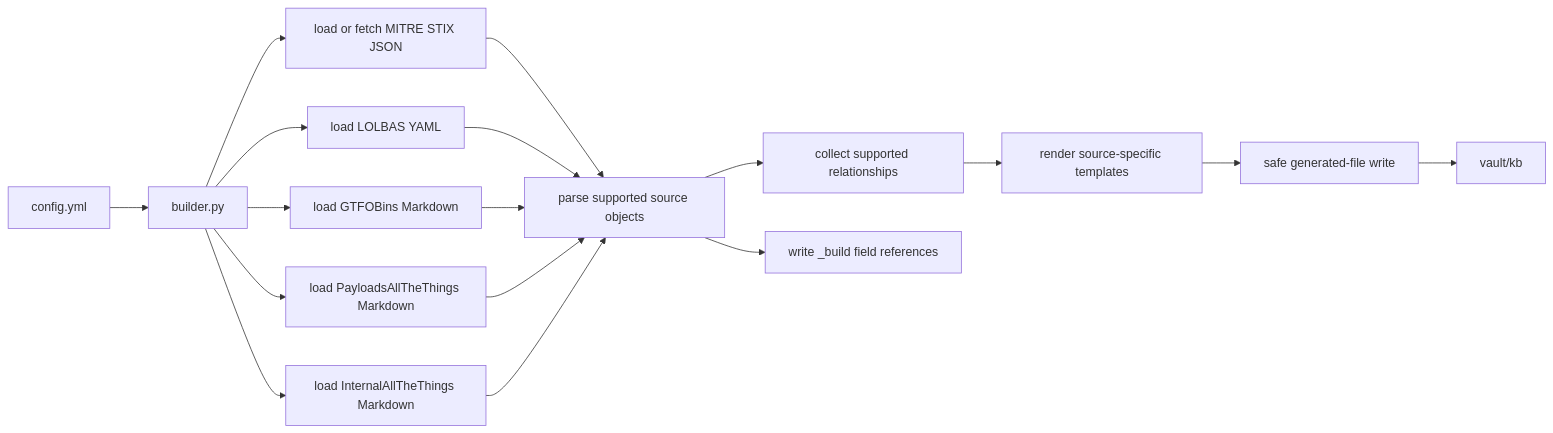
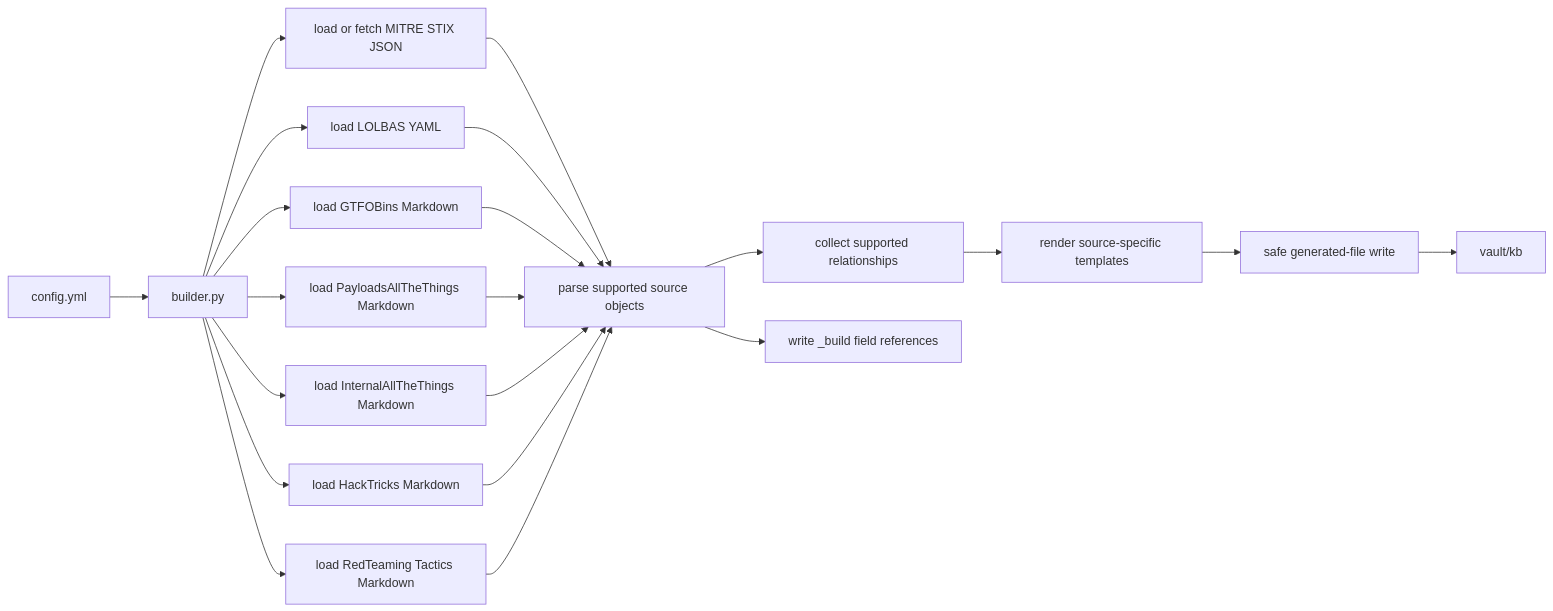
The diagram in README.md (scorchederf/focuslocust), drawn with Mermaid before and after one commit. The commit also changed other lines of this file and 1752 other files, not shown here.

````diff
--- a/README.md
+++ b/README.md
@@ -47,19 +51,23 @@
 ```mermaid
 flowchart LR
     Config[config.yml] --> CLI[builder.py]
     CLI --> MITRE[load or fetch MITRE STIX JSON]
     CLI --> LOLBAS[load LOLBAS YAML]
     CLI --> GTFOBins[load GTFOBins Markdown]
     CLI --> PATT[load PayloadsAllTheThings Markdown]
     CLI --> IATT[load InternalAllTheThings Markdown]
+    CLI --> HackTricks[load HackTricks Markdown]
+    CLI --> RedTeam[load RedTeaming Tactics Markdown]
     MITRE --> Parser[parse supported source objects]
     LOLBAS --> Parser
     GTFOBins --> Parser
     PATT --> Parser
     IATT --> Parser
+    HackTricks --> Parser
+    RedTeam --> Parser
     Parser --> Relations[collect supported relationships]
     Relations --> Render[render source-specific templates]
     Render --> Safety[safe generated-file write]
     Safety --> Vault[vault/kb]
     Parser --> BuildRefs[write _build field references]
 ```
````
